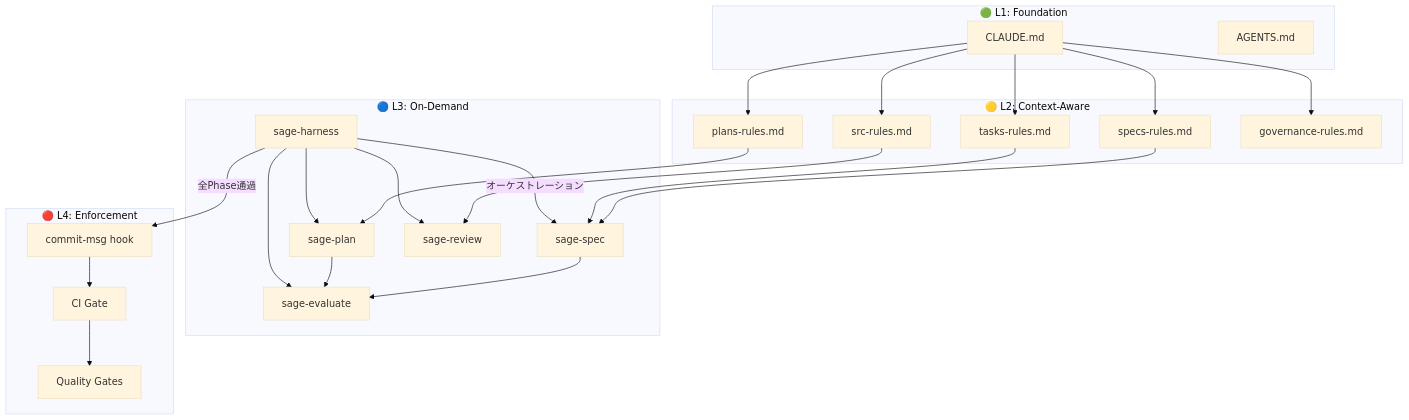
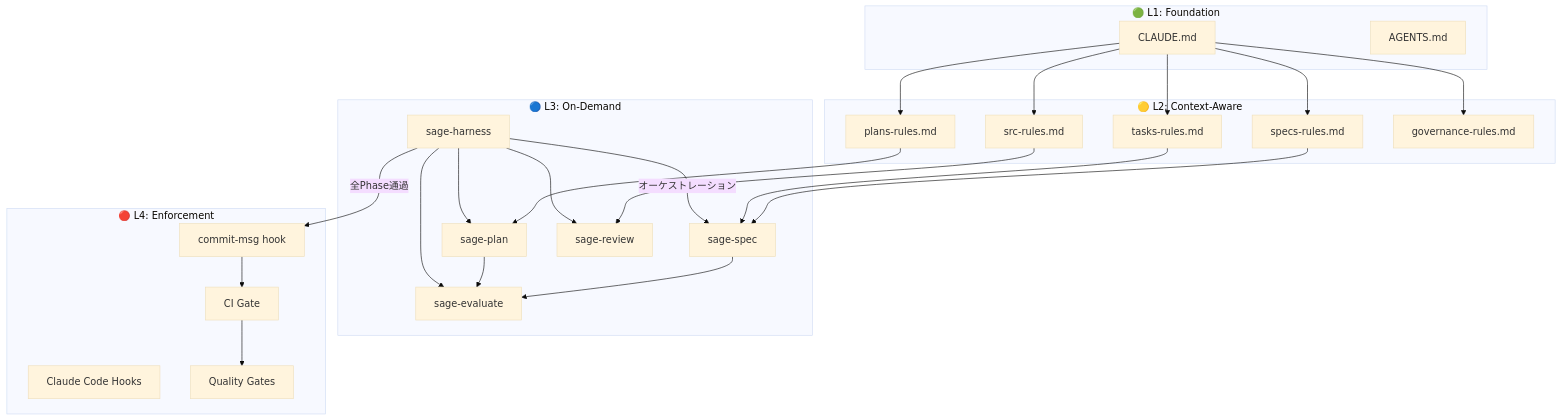
One commit to heidayo/sage-ai-template changed the first of 9 diagrams in README.md. Above: the diagram before and after it, drawn with Mermaid (base theme). The commit also changed other lines of this file and 61 other files, not shown here.

````diff
--- a/README.md
+++ b/README.md
@@ -25,48 +25,49 @@
 ```mermaid
 graph TB
     subgraph L1["🟢 L1: Foundation"]
         CM["CLAUDE.md"]
         AM["AGENTS.md"]
     end
 
     subgraph L2["🟡 L2: Context-Aware"]
         R1["specs-rules.md"]
         R2["plans-rules.md"]
         R3["tasks-rules.md"]
         R4["src-rules.md"]
         R5["governance-rules.md"]
     end
 
     subgraph L3["🔵 L3: On-Demand"]
         S1["sage-spec"]
         S2["sage-plan"]
         S3["sage-review"]
         S4["sage-evaluate"]
         S5["sage-harness"]
     end
 
     subgraph L4["🔴 L4: Enforcement"]
+        H4["Claude Code Hooks"]
         H1["commit-msg hook"]
         H2["CI Gate"]
         H3["Quality Gates"]
     end
 
     CM --> R1
     CM --> R2
     CM --> R3
     CM --> R4
     CM --> R5
     R1 --> S1
     R2 --> S2
     R3 --> S1
     R4 --> S3
     S1 --> S4
     S2 --> S4
     S5 -->|"オーケストレーション"| S1
     S5 --> S2
     S5 --> S3
     S5 --> S4
     S5 -->|"全Phase通過"| H1
     H1 --> H2
     H2 --> H3
 ```
````
